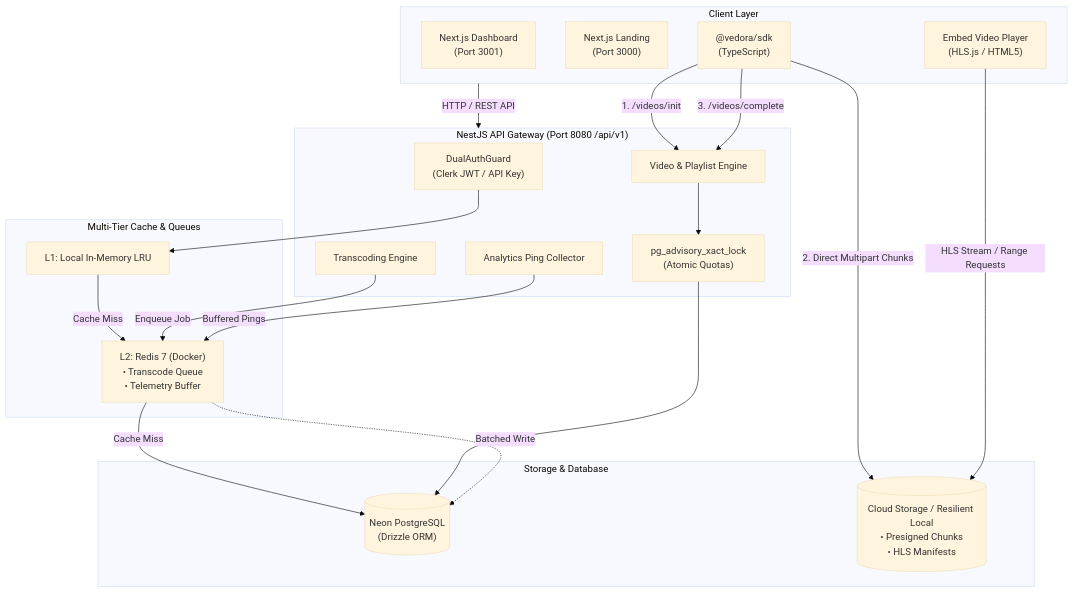
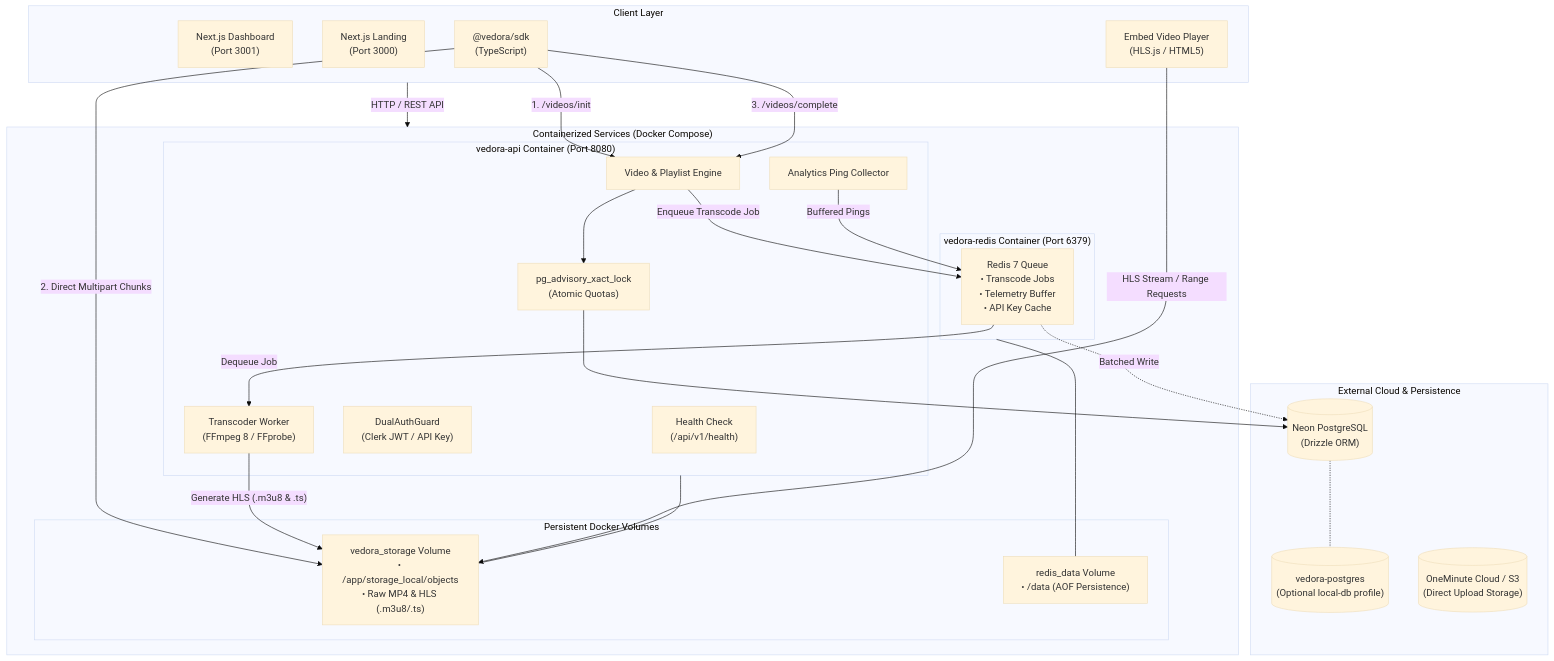
One commit to KartikaySingh0211/vedora changed the diagram in README.md. Above: the diagram before and after it, drawn with Mermaid (base theme). The commit also changed other lines of this file and 12 other files, not shown here.

First line of the commit message:
feat(docker): establish reproducible multi-stage docker compose environment

````diff
--- a/README.md
+++ b/README.md
@@ -53,45 +53,55 @@
 ```mermaid
 flowchart TD
     subgraph Clients["Client Layer"]
         Dashboard["Next.js Dashboard<br/>(Port 3001)"]
         Landing["Next.js Landing<br/>(Port 3000)"]
         EmbedPlayer["Embed Video Player<br/>(HLS.js / HTML5)"]
         SDK["@vedora/sdk<br/>(TypeScript)"]
     end
 
-    subgraph Gateway["NestJS API Gateway (Port 8080 /api/v1)"]
-        DualAuth["DualAuthGuard<br/>(Clerk JWT / API Key)"]
-        QuotaLock["pg_advisory_xact_lock<br/>(Atomic Quotas)"]
-        VideoService["Video & Playlist Engine"]
-        TranscodeService["Transcoding Engine"]
-        TelemetryService["Analytics Ping Collector"]
+    subgraph Docker["Containerized Services (Docker Compose)"]
+        subgraph APIService["vedora-api Container (Port 8080)"]
+            DualAuth["DualAuthGuard<br/>(Clerk JWT / API Key)"]
+            QuotaLock["pg_advisory_xact_lock<br/>(Atomic Quotas)"]
+            VideoService["Video & Playlist Engine"]
+            TranscodeWorker["Transcoder Worker<br/>(FFmpeg 8 / FFprobe)"]
+            TelemetryService["Analytics Ping Collector"]
+            HealthCheck["Health Check<br/>(/api/v1/health)"]
+        end
+
+        subgraph RedisService["vedora-redis Container (Port 6379)"]
+            RedisQueue["Redis 7 Queue<br/>• Transcode Jobs<br/>• Telemetry Buffer<br/>• API Key Cache"]
+        end
+
+        subgraph VolumeStorage["Persistent Docker Volumes"]
+            LocalStorage["vedora_storage Volume<br/>• /app/storage_local/objects<br/>• Raw MP4 & HLS (.m3u8/.ts)"]
+            RedisVol["redis_data Volume<br/>• /data (AOF Persistence)"]
+        end
     end
 
-    subgraph Caches["Multi-Tier Cache & Queues"]
-        L1["L1: Local In-Memory LRU"]
-        L2["L2: Redis 7 (Docker)<br/>• Transcode Queue<br/>• Telemetry Buffer"]
+    subgraph External["External Cloud & Persistence"]
+        NeonDB[("Neon PostgreSQL<br/>(Drizzle ORM)")]
+        LocalDB[("vedora-postgres<br/>(Optional local-db profile)")]
+        OMC[("OneMinute Cloud / S3<br/>(Direct Upload Storage)")]
     end
 
-    subgraph Persistence["Storage & Database"]
-        NeonDB[("Neon PostgreSQL<br/>(Drizzle ORM)")]
-        Storage[("Cloud Storage / Resilient Local<br/>• Presigned Chunks<br/>• HLS Manifests")]
-    end
-
-    Clients -->|"HTTP / REST API"| Gateway
+    Clients -->|"HTTP / REST API"| APIService
     SDK -->|"1. /videos/init"| VideoService
-    SDK -->|"2. Direct Multipart Chunks"| Storage
+    SDK -->|"2. Direct Multipart Chunks"| LocalStorage
     SDK -->|"3. /videos/complete"| VideoService
-
-    DualAuth --> L1
-    L1 -->|"Cache Miss"| L2
-    L2 -->|"Cache Miss"| NeonDB
 
     VideoService --> QuotaLock
     QuotaLock --> NeonDB
 
-    TranscodeService -->|"Enqueue Job"| L2
-    TelemetryService -->|"Buffered Pings"| L2
-    L2 -.->|"Batched Write"| NeonDB
+    VideoService -->|"Enqueue Transcode Job"| RedisQueue
+    RedisQueue -->|"Dequeue Job"| TranscodeWorker
+    TranscodeWorker -->|"Generate HLS (.m3u8 & .ts)"| LocalStorage
 
-    EmbedPlayer -->|"HLS Stream / Range Requests"| Storage
+    TelemetryService -->|"Buffered Pings"| RedisQueue
+    RedisQueue -.->|"Batched Write"| NeonDB
+
+    EmbedPlayer -->|"HLS Stream / Range Requests"| LocalStorage
+    RedisService --- RedisVol
+    APIService --- LocalStorage
+    NeonDB -.- LocalDB
 ```
````
